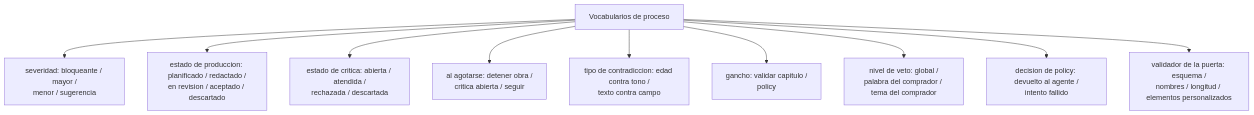
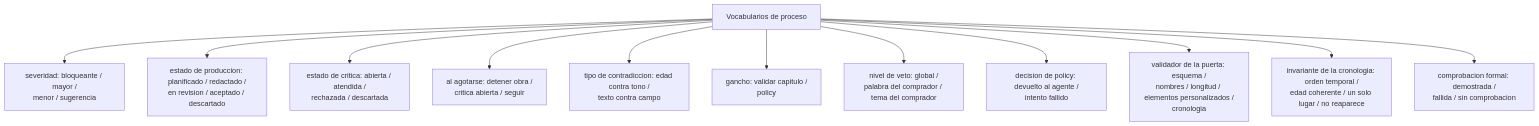
The fifth of 10 diagrams in docs/architecture.md (alvarofernandezqaracter/my-story-maker), drawn with Mermaid before and after one commit. The commit also changed other lines of this file and 1 other file, not shown here.

First line of the commit message:
docs: la cronologia en Lean dentro de la puerta de publicacion (SPEC1 4.16)

````diff
--- a/docs/architecture.md
+++ b/docs/architecture.md
@@ -222,12 +226,14 @@
 ```mermaid
 flowchart TD
   PROC[Vocabularios de proceso] --> SEV[severidad: bloqueante / mayor /<br/>menor / sugerencia]
   PROC --> EST[estado de produccion: planificado / redactado /<br/>en revision / aceptado / descartado]
   PROC --> CRI[estado de critica: abierta / atendida /<br/>rechazada / descartada]
   PROC --> AGO[al agotarse: detener obra /<br/>critica abierta / seguir]
   PROC --> CON[tipo de contradiccion: edad contra tono /<br/>texto contra campo]
   PROC --> GAN[gancho: validar capitulo /<br/>policy]
   PROC --> NIV[nivel de veto: global /<br/>palabra del comprador / tema del comprador]
   PROC --> DPO[decision de policy: devuelto al agente /<br/>intento fallido]
-  PROC --> PUE[validador de la puerta: esquema /<br/>nombres / longitud / elementos personalizados]
+  PROC --> PUE[validador de la puerta: esquema /<br/>nombres / longitud / elementos personalizados /<br/>cronologia]
+  PROC --> INV[invariante de la cronologia: orden temporal /<br/>edad coherente / un solo lugar / no reaparece]
+  PROC --> CFO[comprobacion formal: demostrada /<br/>fallida / sin comprobacion]
 ```
````
